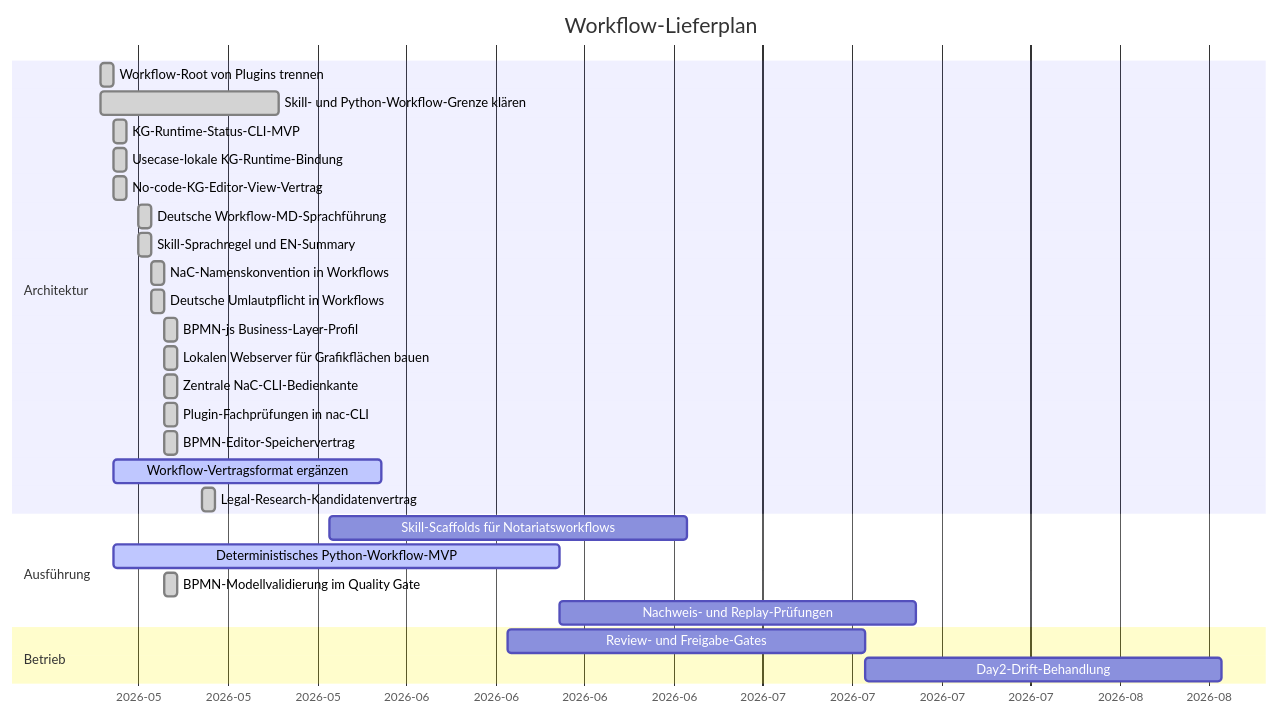
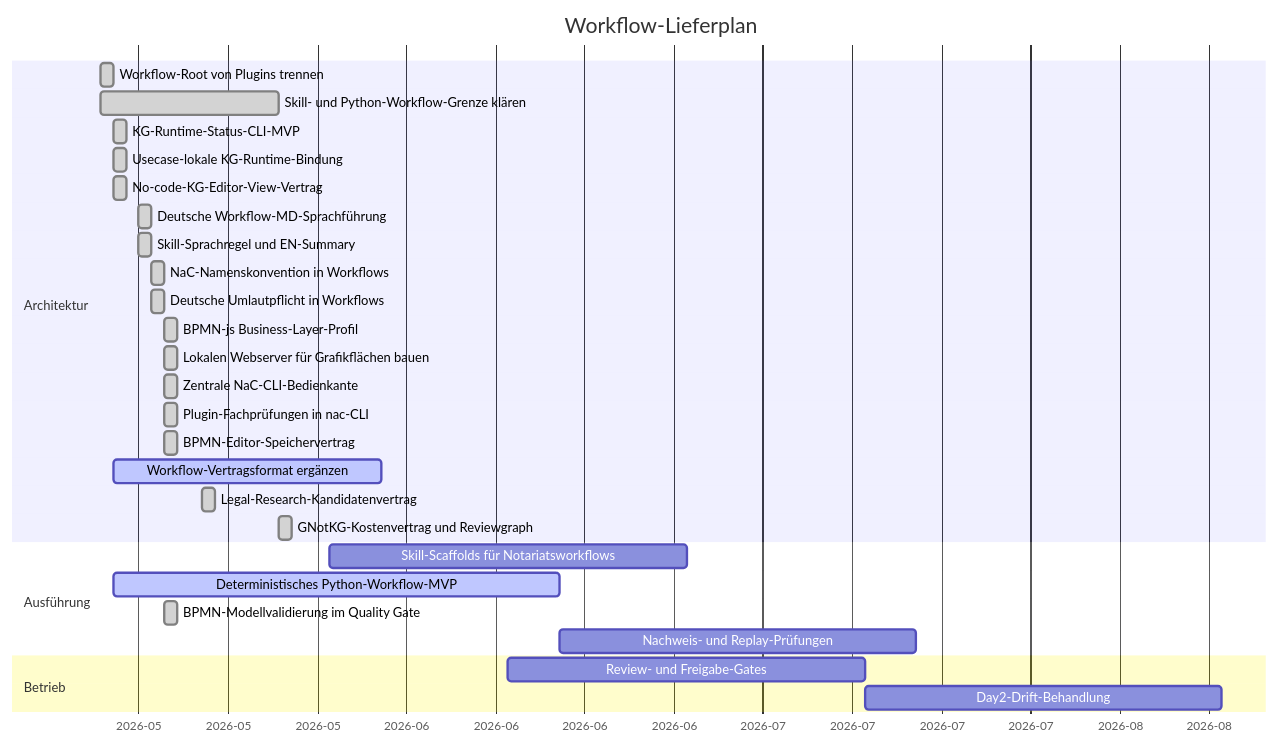
One commit to notariat8/NaC changed the diagram in workflows/GANTT.md. Above: the diagram before and after it, drawn with Mermaid. The commit also changed other lines of this file and 91 other files, not shown here.

````diff
--- a/workflows/GANTT.md
+++ b/workflows/GANTT.md
@@ -5,34 +5,35 @@
 ```mermaid
 gantt
     title Workflow-Lieferplan
     dateFormat  YYYY-MM-DD
     axisFormat  %Y-%m
 
     section Architektur
     Workflow-Root von Plugins trennen          :done,   w1, 2026-05-14, 1d
     Skill- und Python-Workflow-Grenze klären  :done,   w2, 2026-05-14, 14d
     KG-Runtime-Status-CLI-MVP                  :done,   w3, 2026-05-15, 1d
     Usecase-lokale KG-Runtime-Bindung          :done,   w3a, 2026-05-15, 1d
     No-code-KG-Editor-View-Vertrag             :done,   w4a, 2026-05-15, 1d
     Deutsche Workflow-MD-Sprachführung        :done,   w4b, 2026-05-17, 1d
     Skill-Sprachregel und EN-Summary            :done,   w4c, 2026-05-17, 1d
     NaC-Namenskonvention in Workflows           :done,   w4d, 2026-05-18, 1d
     Deutsche Umlautpflicht in Workflows         :done,   w4e, 2026-05-18, 1d
     BPMN-js Business-Layer-Profil               :done,   w4f, 2026-05-19, 1d
     Lokalen Webserver für Grafikflächen bauen  :done,   w4g, 2026-05-19, 1d
     Zentrale NaC-CLI-Bedienkante                :done,   w4h, 2026-05-19, 1d
     Plugin-Fachprüfungen in nac-CLI             :done,   w4i, 2026-05-19, 1d
     BPMN-Editor-Speichervertrag                 :done,   w4j, 2026-05-19, 1d
     Workflow-Vertragsformat ergänzen          :active, w4, 2026-05-15, 21d
     Legal-Research-Kandidatenvertrag           :done,   w4k, 2026-05-22, 1d
+    GNotKG-Kostenvertrag und Reviewgraph        :done,   w4l, 2026-05-28, 1d
 
     section Ausführung
     Skill-Scaffolds für Notariatsworkflows    :        w5, 2026-06-01, 28d
     Deterministisches Python-Workflow-MVP      :active, w6, 2026-05-15, 35d
     BPMN-Modellvalidierung im Quality Gate      :done,   w6a, 2026-05-19, 1d
     Nachweis- und Replay-Prüfungen            :        w7, after w6, 28d
 
     section Betrieb
     Review- und Freigabe-Gates                 :        w8, 2026-06-15, 28d
     Day2-Drift-Behandlung                      :        w9, after w8, 28d
 ```
````
